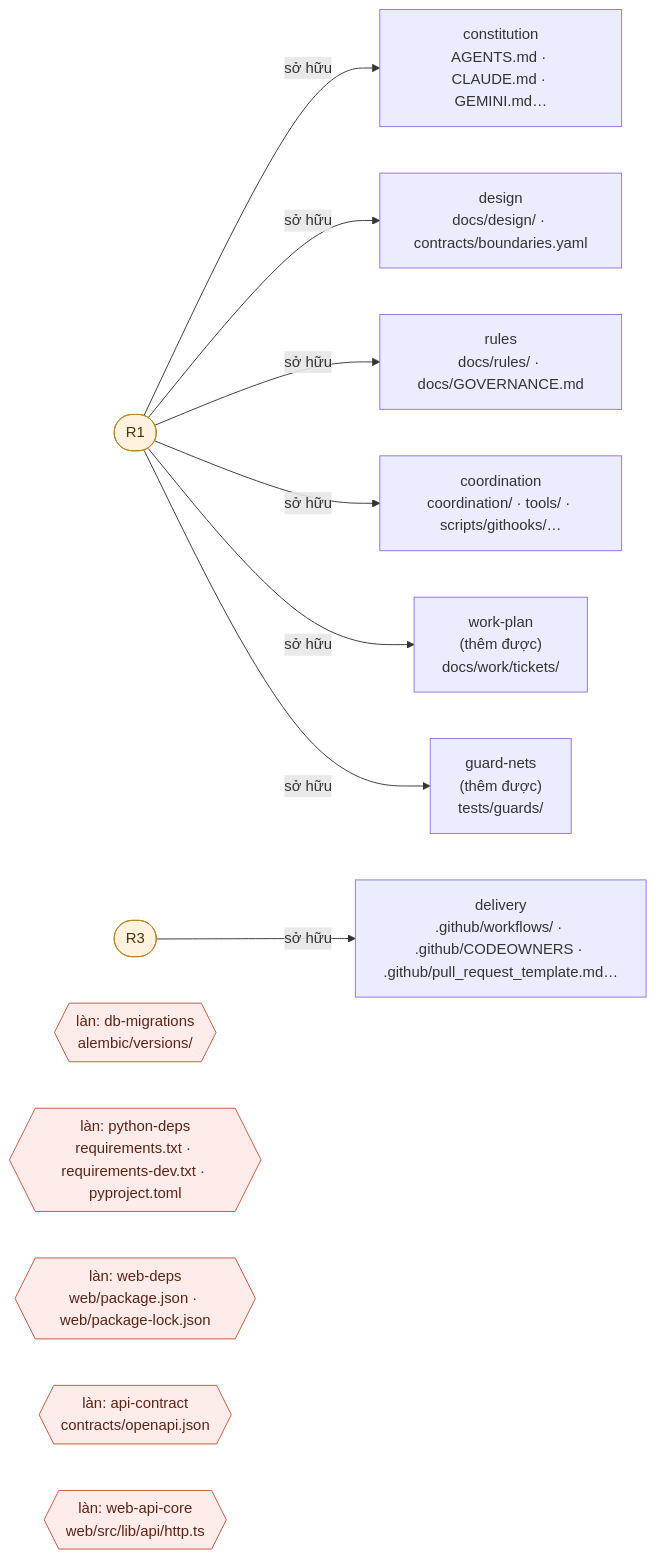
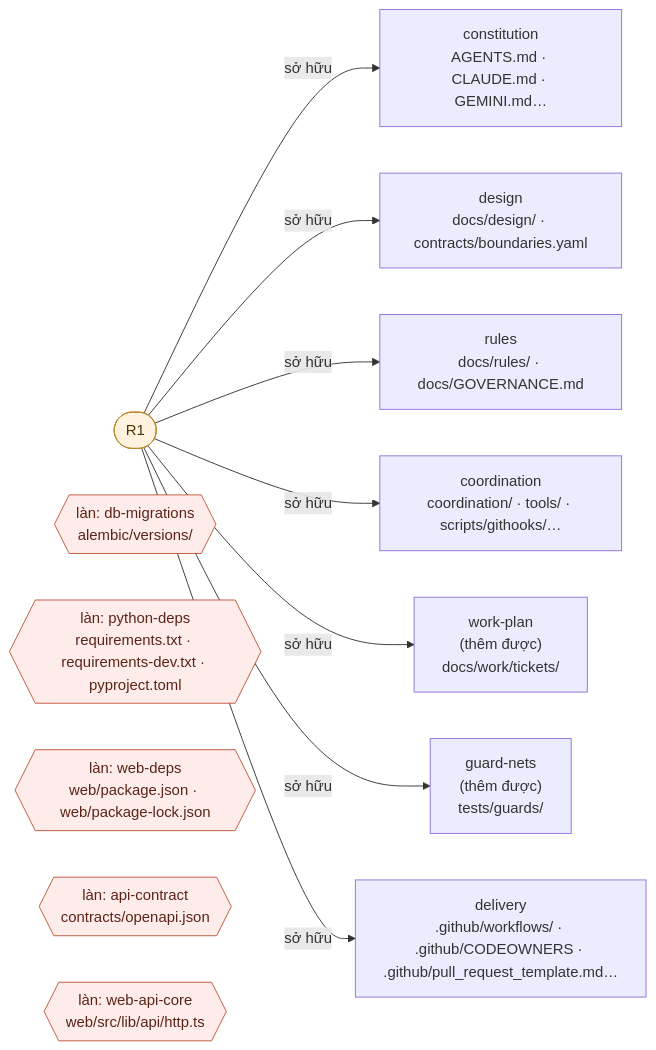
The second of 2 diagrams in docs/design/ARCHITECTURE.md (baoduy-web/E-Chatbot-Project), drawn with Mermaid before and after one commit. The commit also changed other lines of this file and 23 other files, not shown here.

````diff
--- a/docs/design/ARCHITECTURE.md
+++ b/docs/design/ARCHITECTURE.md
@@ -156,33 +156,31 @@
 ```mermaid
 flowchart LR
     classDef owner fill:#fff3e0,stroke:#b8862c,color:#4a3607;
     classDef lane fill:#fdecea,stroke:#c1553a,color:#5b2416;
     R1(["R1"])
-    R3(["R3"])
     Z_constitution["constitution<br/>AGENTS.md · CLAUDE.md · GEMINI.md…"]
     R1 -- sở hữu --> Z_constitution
     Z_design["design<br/>docs/design/ · contracts/boundaries.yaml"]
     R1 -- sở hữu --> Z_design
     Z_rules["rules<br/>docs/rules/ · docs/GOVERNANCE.md"]
     R1 -- sở hữu --> Z_rules
     Z_coordination["coordination<br/>coordination/ · tools/ · scripts/githooks/…"]
     R1 -- sở hữu --> Z_coordination
     Z_work_plan["work-plan<br/>(thêm được)<br/>docs/work/tickets/"]
     R1 -- sở hữu --> Z_work_plan
     Z_guard_nets["guard-nets<br/>(thêm được)<br/>tests/guards/"]
     R1 -- sở hữu --> Z_guard_nets
     Z_delivery["delivery<br/>.github/workflows/ · .github/CODEOWNERS · .github/pull_request_template.md…"]
-    R3 -- sở hữu --> Z_delivery
+    R1 -- sở hữu --> Z_delivery
     L_db_migrations{{"làn: db-migrations<br/>alembic/versions/"}}
     class L_db_migrations lane;
     L_python_deps{{"làn: python-deps<br/>requirements.txt · requirements-dev.txt · pyproject.toml"}}
     class L_python_deps lane;
     L_web_deps{{"làn: web-deps<br/>web/package.json · web/package-lock.json"}}
     class L_web_deps lane;
     L_api_contract{{"làn: api-contract<br/>contracts/openapi.json"}}
     class L_api_contract lane;
     L_web_api_core{{"làn: web-api-core<br/>web/src/lib/api/http.ts"}}
     class L_web_api_core lane;
     class R1 owner;
-    class R3 owner;
 ```
````
